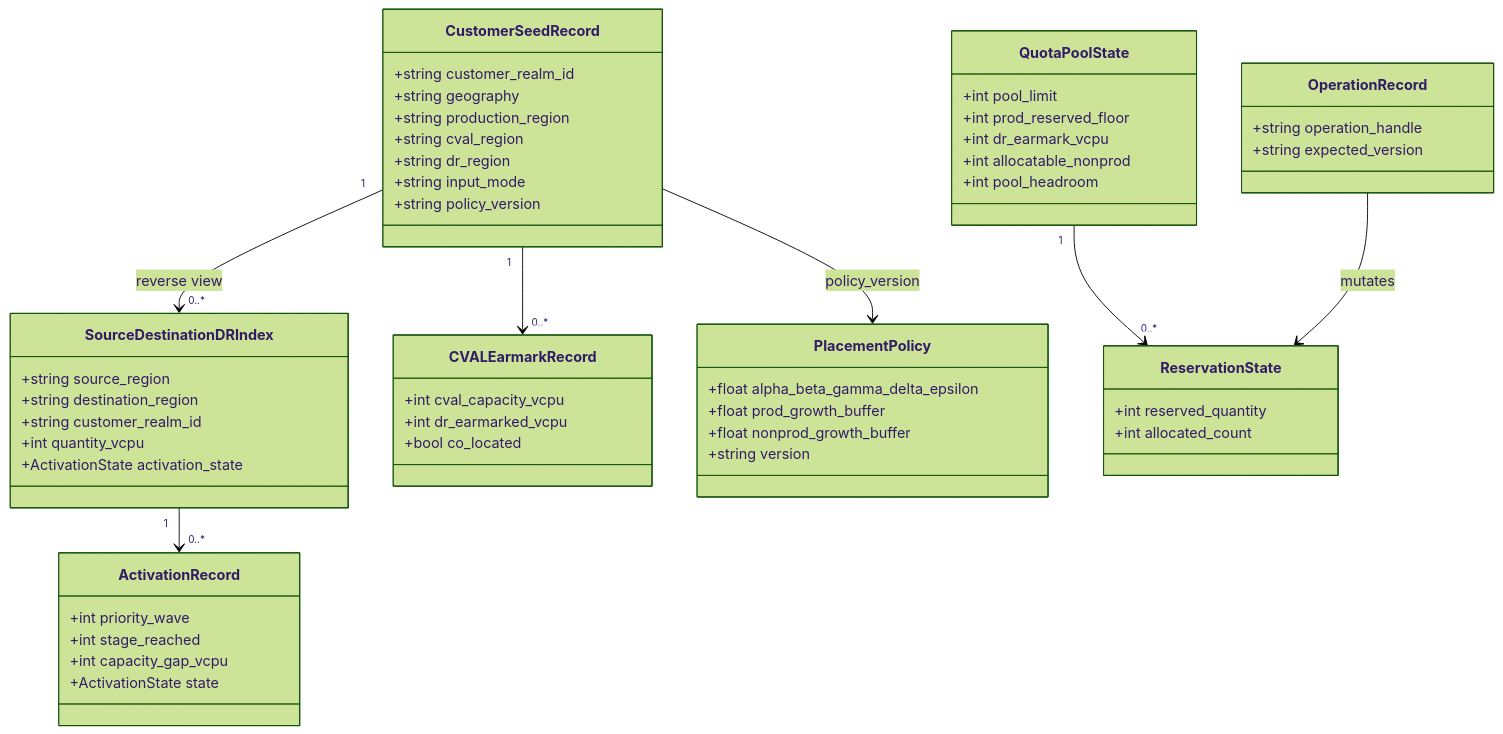
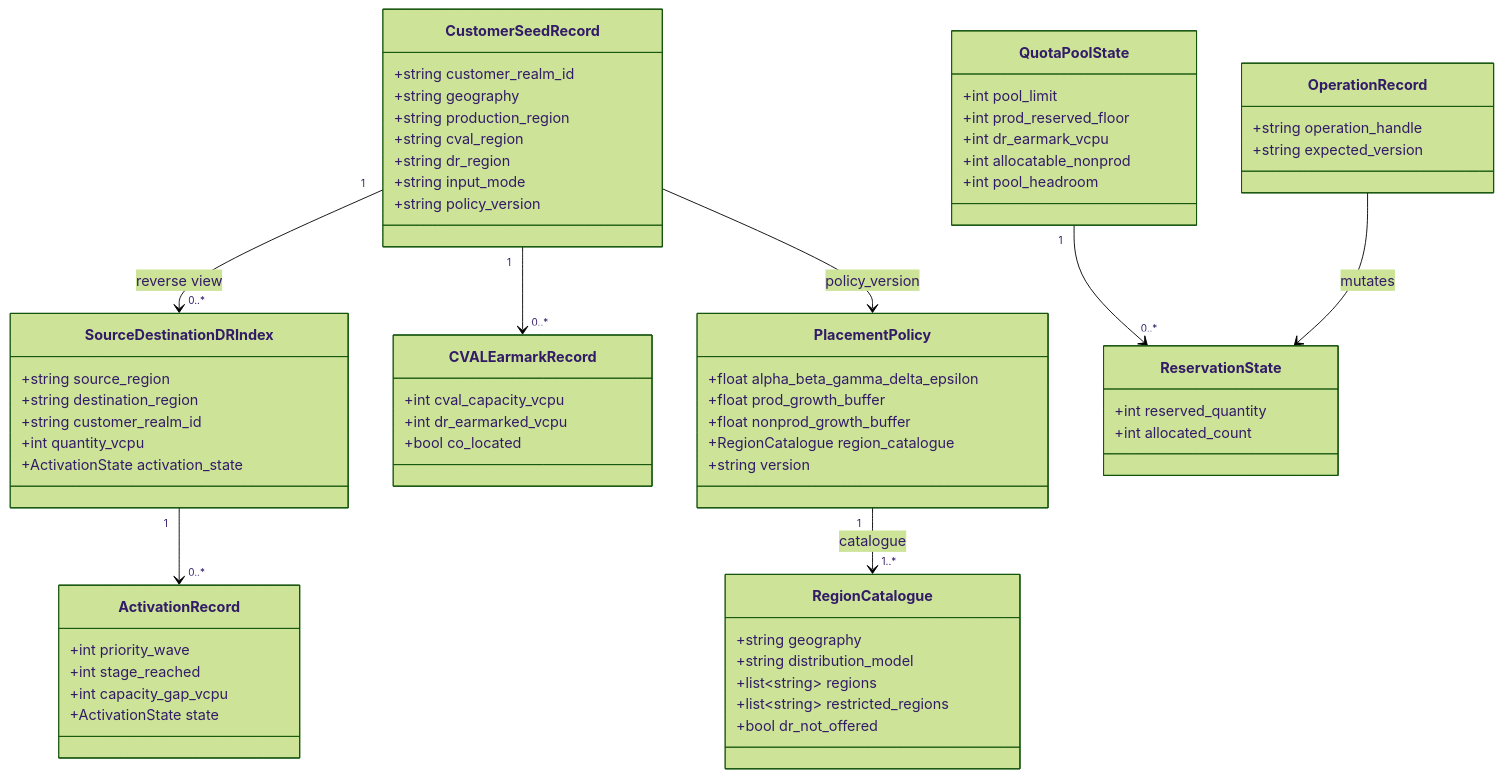
Diagram 13 of 13 in docs/design/acrme_technical_design_document.md (vishnu4573/acrme-capacity-reservation), drawn with Mermaid (forest theme) before and after one commit. The commit also changed other lines of this file and 32 other files, not shown here.

````diff
--- a/docs/design/acrme_technical_design_document.md
+++ b/docs/design/acrme_technical_design_document.md
@@ -748,57 +751,66 @@
 ```mermaid
 classDiagram
     class CustomerSeedRecord {
         +string customer_realm_id
         +string geography
         +string production_region
         +string cval_region
         +string dr_region
         +string input_mode
         +string policy_version
     }
     class SourceDestinationDRIndex {
         +string source_region
         +string destination_region
         +string customer_realm_id
         +int quantity_vcpu
         +ActivationState activation_state
     }
     class CVALEarmarkRecord {
         +int cval_capacity_vcpu
         +int dr_earmarked_vcpu
         +bool co_located
     }
     class QuotaPoolState {
         +int pool_limit
         +int prod_reserved_floor
         +int dr_earmark_vcpu
         +int allocatable_nonprod
         +int pool_headroom
     }
     class PlacementPolicy {
         +float alpha_beta_gamma_delta_epsilon
         +float prod_growth_buffer
         +float nonprod_growth_buffer
+        +RegionCatalogue region_catalogue
         +string version
+    }
+    class RegionCatalogue {
+        +string geography
+        +string distribution_model
+        +list~string~ regions
+        +list~string~ restricted_regions
+        +bool dr_not_offered
     }
     class ActivationRecord {
         +int priority_wave
         +int stage_reached
         +int capacity_gap_vcpu
         +ActivationState state
     }
     class ReservationState {
         +int reserved_quantity
         +int allocated_count
     }
     class OperationRecord {
         +string operation_handle
         +string expected_version
     }
     CustomerSeedRecord "1" --> "0..*" SourceDestinationDRIndex : reverse view
     CustomerSeedRecord "1" --> "0..*" CVALEarmarkRecord
     CustomerSeedRecord --> PlacementPolicy : policy_version
+    PlacementPolicy "1" --> "1..*" RegionCatalogue : catalogue
     SourceDestinationDRIndex "1" --> "0..*" ActivationRecord
     QuotaPoolState "1" --> "0..*" ReservationState
     OperationRecord --> ReservationState : mutates
 ```
````
